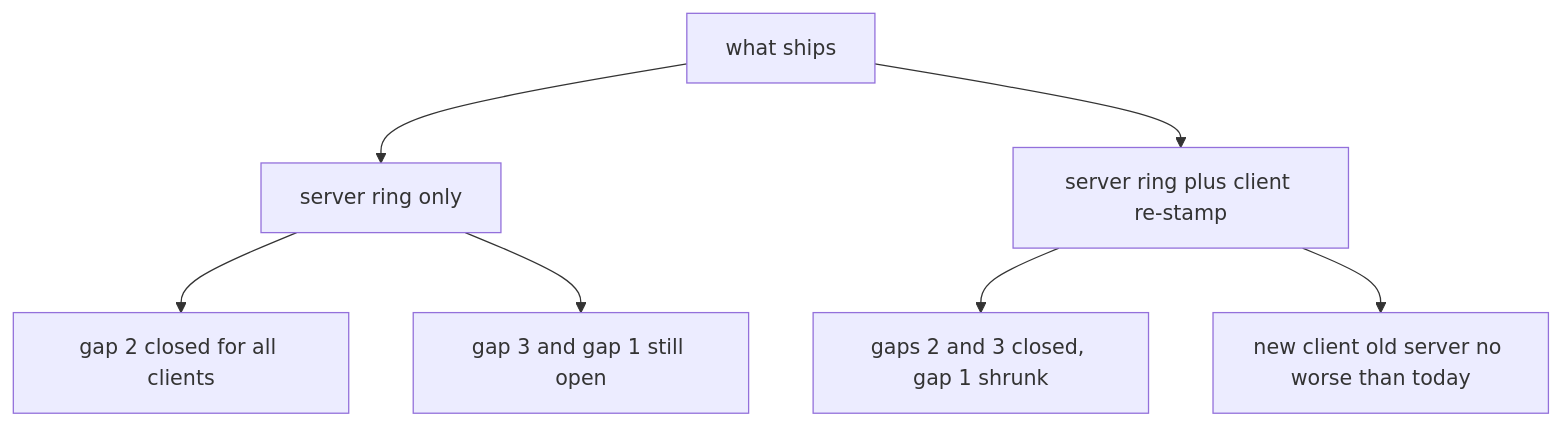
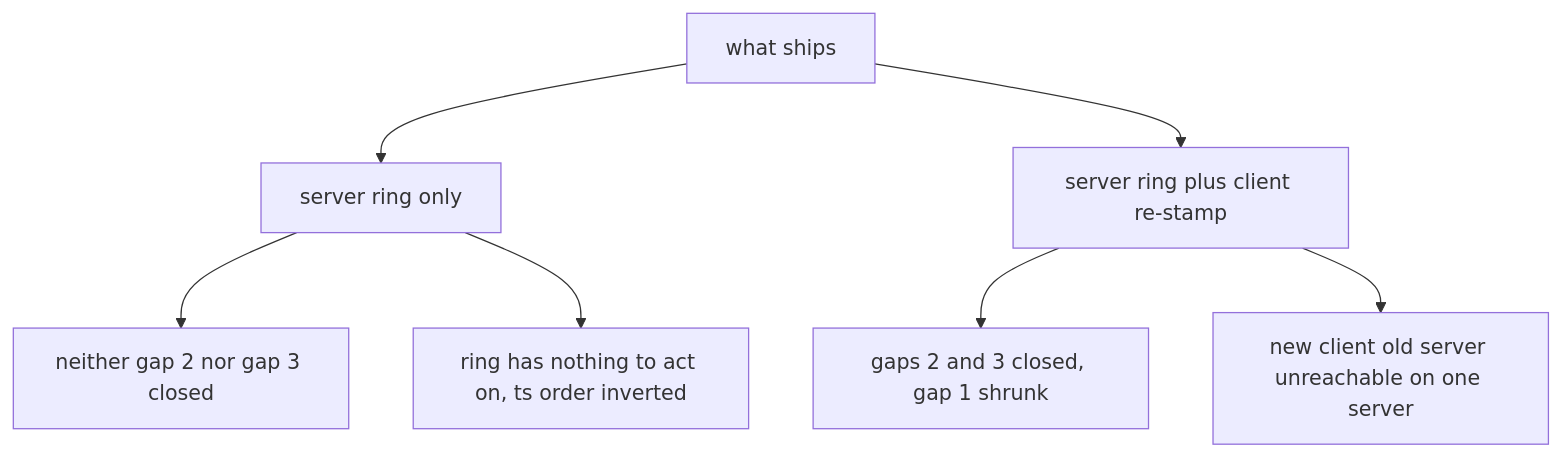
The third of 5 diagrams in docs/achitechture/SYNC_STALE_RING_PLAN.md (cliffe/BreakEscape), drawn with Mermaid before and after one commit. The commit also changed other lines of this file, not shown here.

Commit message:
Revise sync stale-but-recent ring plan: close R1 B1, M1, M2, m1-m4 and nits

````diff
--- a/docs/achitechture/SYNC_STALE_RING_PLAN.md
+++ b/docs/achitechture/SYNC_STALE_RING_PLAN.md
@@ -495,9 +696,9 @@
 ```mermaid
 flowchart TD
   A[what ships] --> B[server ring only]
   A --> C[server ring plus client re-stamp]
-  B --> D[gap 2 closed for all clients]
-  B --> E[gap 3 and gap 1 still open]
+  B --> D[neither gap 2 nor gap 3 closed]
+  B --> E[ring has nothing to act on, ts order inverted]
   C --> F[gaps 2 and 3 closed, gap 1 shrunk]
-  C --> G[new client old server no worse than today]
+  C --> G[new client old server unreachable on one server]
 ```
````
